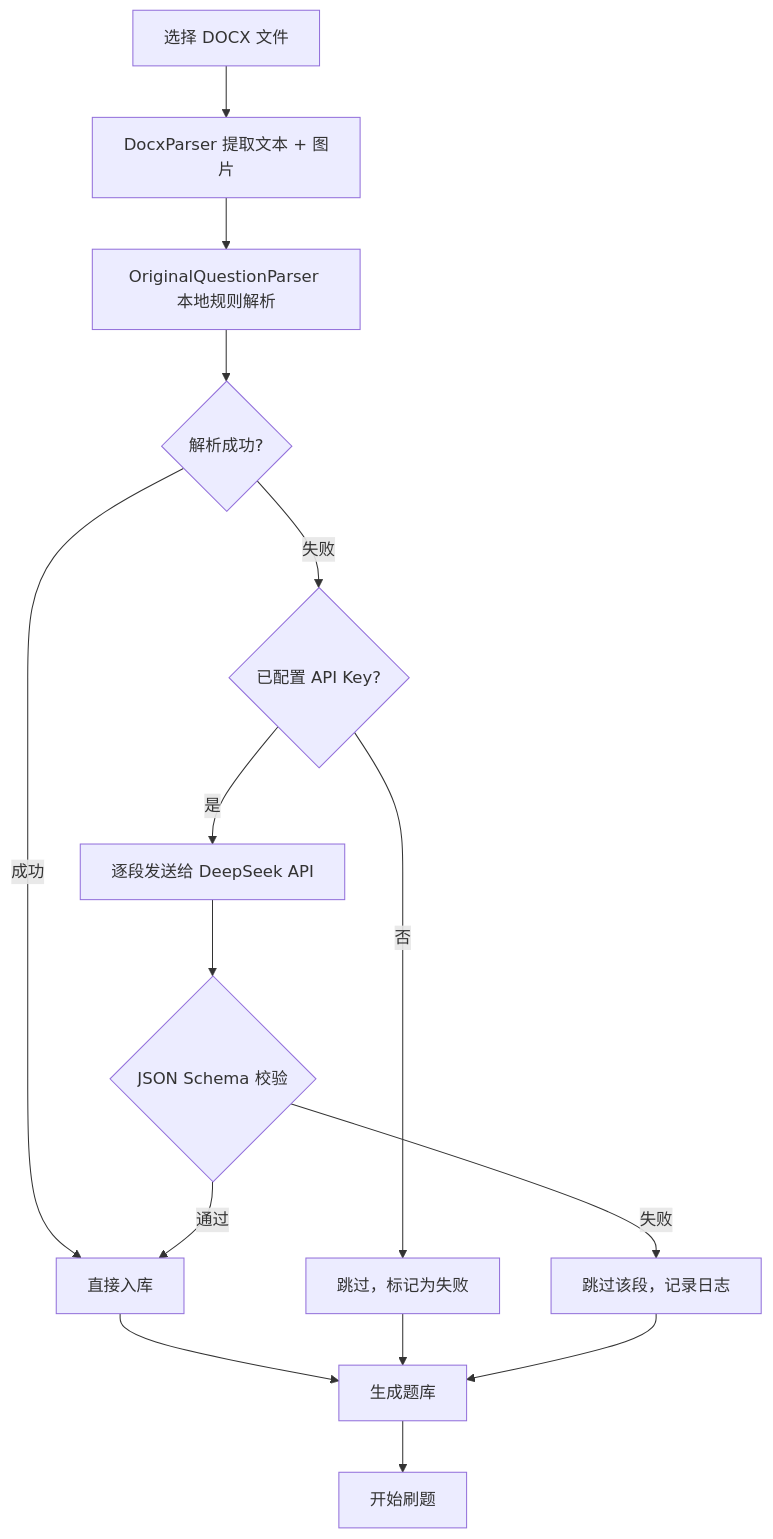
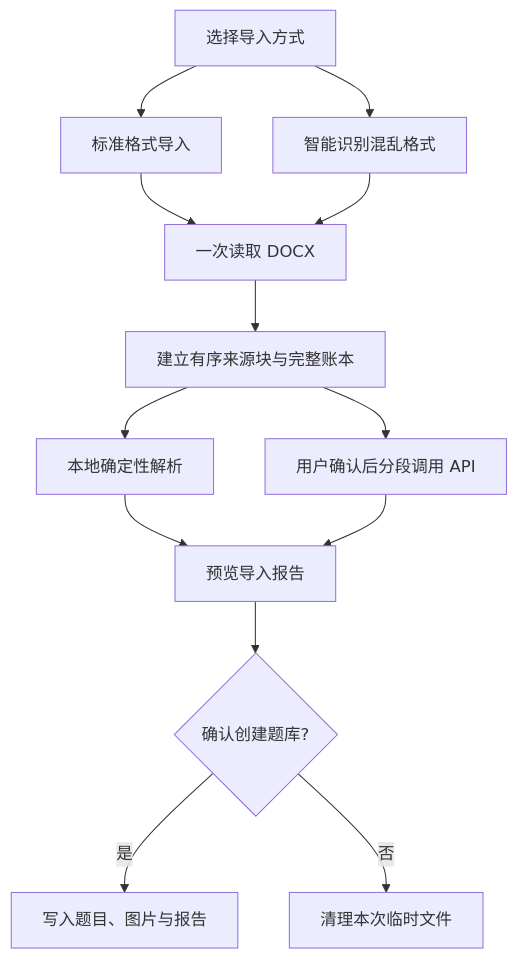
One commit to zzy-sudo-acm/quiz-android-app changed the diagram in README.md. Above: the diagram before and after it, drawn with Mermaid. The commit also changed other lines of this file and 66 other files, not shown here.

````diff
--- a/README.md
+++ b/README.md
@@ -15,17 +36,15 @@
 ```mermaid
 flowchart TD
-    A[选择 DOCX 文件] --> B[DocxParser 提取文本 + 图片]
-    B --> C[OriginalQuestionParser 本地规则解析]
-    C --> D{解析成功?}
-    D -->|成功| E[直接入库]
-    D -->|失败| F{已配置 API Key?}
-    F -->|否| G[跳过，标记为失败]
-    F -->|是| H[逐段发送给 DeepSeek API]
-    H --> I{JSON Schema 校验}
-    I -->|通过| E
-    I -->|失败| J[跳过该段，记录日志]
-    E --> K[生成题库]
-    G --> K
-    J --> K
-    K --> L[开始刷题]
+    A[选择导入方式] --> B[标准格式导入]
+    A --> C[智能识别混乱格式]
+    B --> D[一次读取 DOCX]
+    C --> D
+    D --> E[建立有序来源块与完整账本]
+    E --> F[本地确定性解析]
+    E --> G[用户确认后分段调用 API]
+    F --> H[预览导入报告]
+    G --> H
+    H --> I{确认创建题库?}
+    I -->|是| J[写入题目、图片与报告]
+    I -->|否| K[清理本次临时文件]
 ```
````
